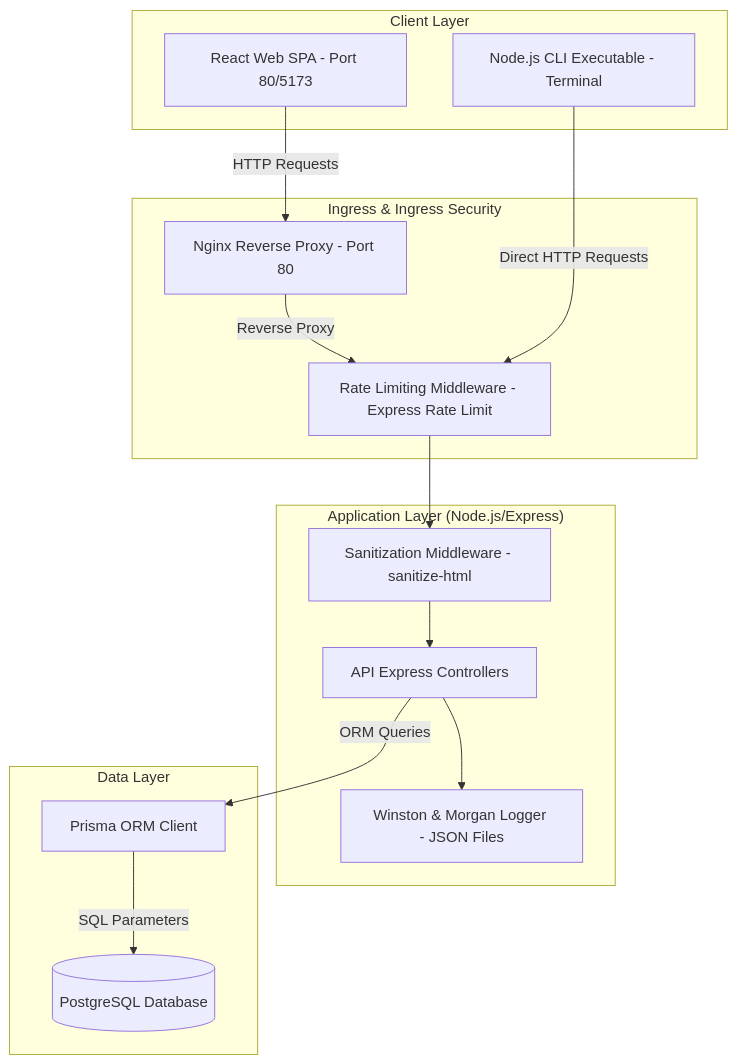
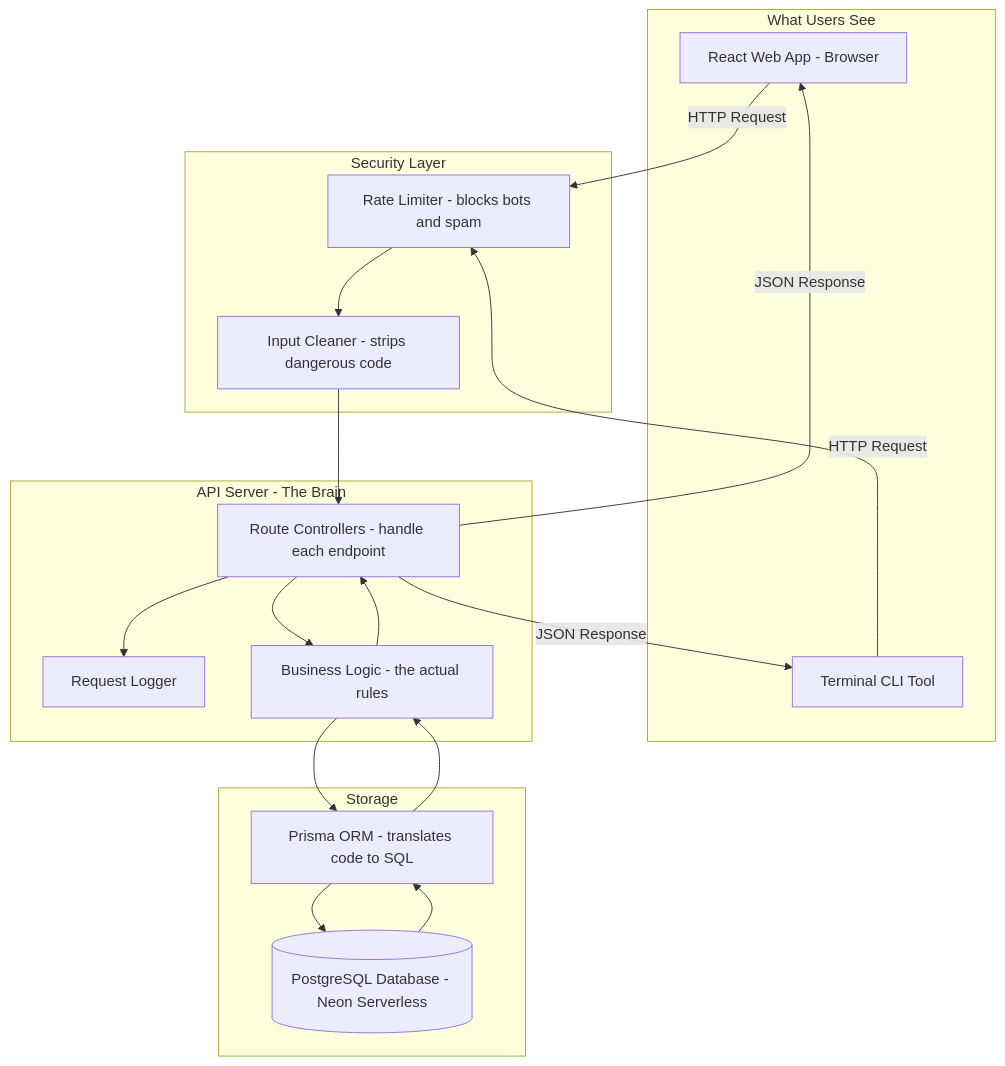
The diagram in docs/ARCHITECTURE.md (asvandkanakaraj/pastebin), drawn with Mermaid before and after one commit. The commit also changed other lines of this file and 31 other files, not shown here.

````diff
--- a/docs/ARCHITECTURE.md
+++ b/docs/ARCHITECTURE.md
@@ -29,35 +78,38 @@
 ```mermaid
 flowchart TD
-    subgraph Clients ["Client Layer"]
-        Web[React Web SPA - Port 80/5173]
-        CLI[Node.js CLI Executable - Terminal]
+    subgraph Clients ["What Users See"]
+        Web[React Web App - Browser]
+        CLI[Terminal CLI Tool]
     end
 
-    subgraph Security ["Ingress & Ingress Security"]
-        Nginx[Nginx Reverse Proxy - Port 80]
-        Limiter[Rate Limiting Middleware - Express Rate Limit]
+    subgraph Security ["Security Layer"]
+        Limiter[Rate Limiter - blocks bots and spam]
+        Sanitizer[Input Cleaner - strips dangerous code]
     end
 
-    subgraph Backend ["Application Layer (Node.js/Express)"]
-        Sanitizer[Sanitization Middleware - sanitize-html]
-        Logger[Winston & Morgan Logger - JSON Files]
-        Controllers[API Express Controllers]
+    subgraph Backend ["API Server - The Brain"]
+        Logger[Request Logger]
+        Controllers[Route Controllers - handle each endpoint]
+        Services[Business Logic - the actual rules]
     end
 
-    subgraph Data ["Data Layer"]
-        Prisma[Prisma ORM Client]
-        DB[(PostgreSQL Database)]
+    subgraph Data ["Storage"]
+        Prisma[Prisma ORM - translates code to SQL]
+        DB[(PostgreSQL Database - Neon Serverless)]
     end
 
-    %% Communication Flows
-    Web -->|HTTP Requests| Nginx
-    Nginx -->|Reverse Proxy| Limiter
-    CLI -->|Direct HTTP Requests| Limiter
+    Web -->|HTTP Request| Limiter
+    CLI -->|HTTP Request| Limiter
 
     Limiter --> Sanitizer
     Sanitizer --> Controllers
     Controllers --> Logger
-
-    Controllers -->|ORM Queries| Prisma
-    Prisma -->|SQL Parameters| DB
+    Controllers --> Services
+    Services --> Prisma
+    Prisma --> DB
+    DB --> Prisma
+    Prisma --> Services
+    Services --> Controllers
+    Controllers -->|JSON Response| Web
+    Controllers -->|JSON Response| CLI
 ```
````
